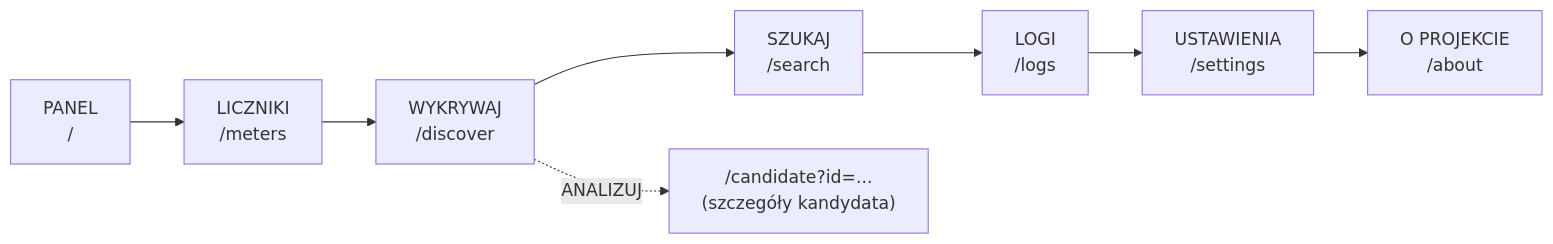
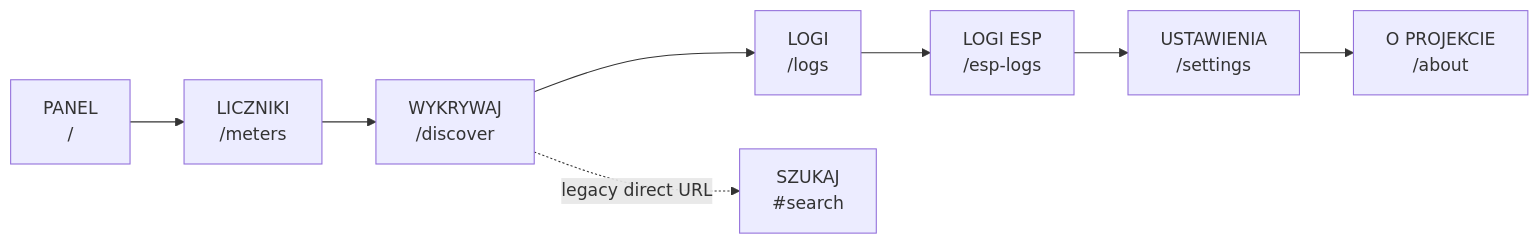
One commit to Kustonium/homeassistant-wmbus-mqtt-bridge-dev changed the third of 7 diagrams in docs/README.pl.md. Above: the diagram before and after it, drawn with Mermaid. The commit also changed other lines of this file and 6 other files, not shown here.

````diff
--- a/docs/README.pl.md
+++ b/docs/README.pl.md
@@ -245,10 +244,10 @@
 ```mermaid
 flowchart LR
   N1["PANEL<br/>/"] --> N2["LICZNIKI<br/>/meters"]
   N2 --> N3["WYKRYWAJ<br/>/discover"]
-  N3 --> N4["SZUKAJ<br/>/search"]
-  N4 --> N5["LOGI<br/>/logs"]
+  N3 --> N4["LOGI<br/>/logs"]
+  N4 --> N5["LOGI ESP<br/>/esp-logs"]
   N5 --> N6["USTAWIENIA<br/>/settings"]
   N6 --> N7["O PROJEKCIE<br/>/about"]
-  N3 -.->|ANALIZUJ| N8["/candidate?id=...<br/>(szczegóły kandydata)"]
+  N3 -.->|legacy direct URL| N8["SZUKAJ<br/>#search"]
 ```
````
